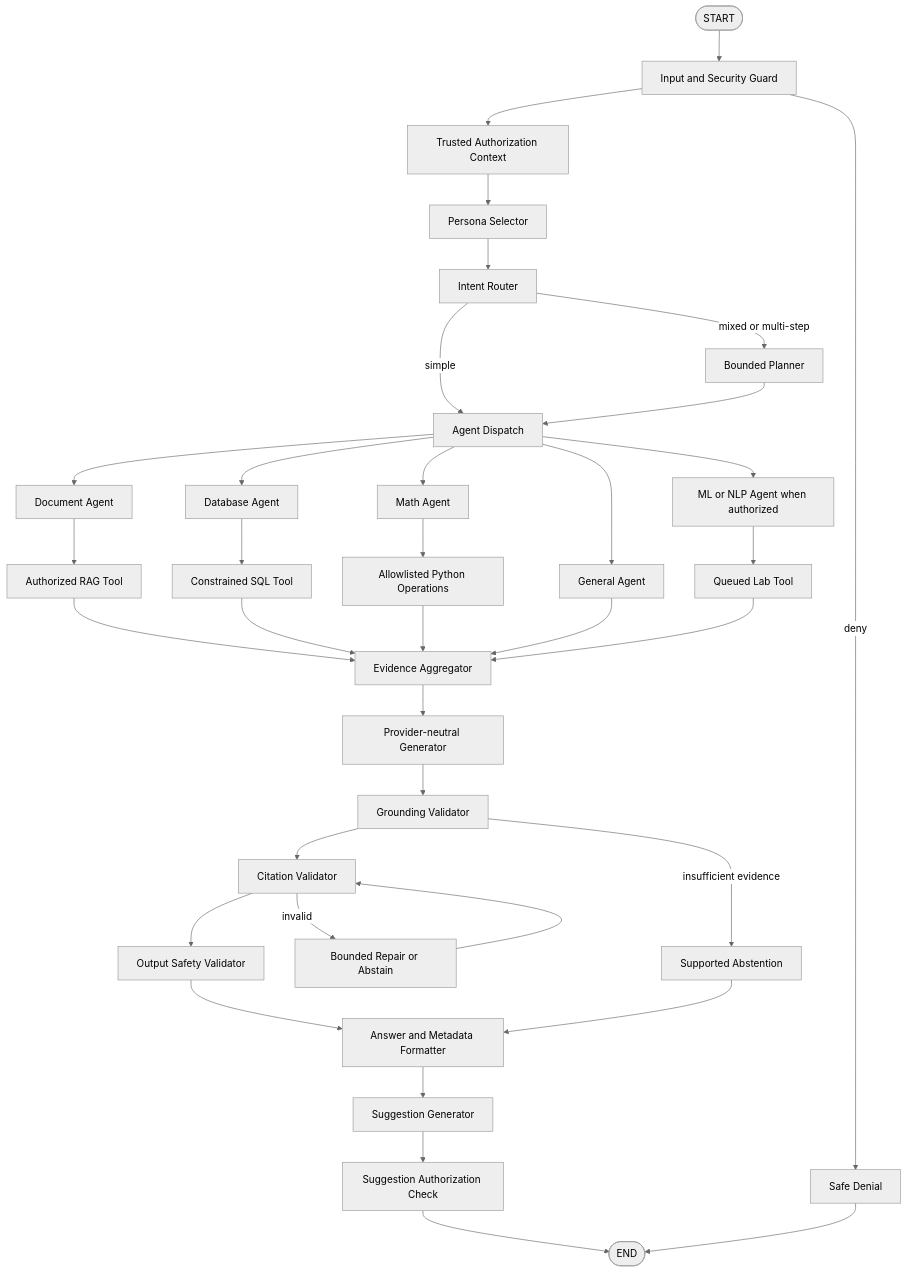
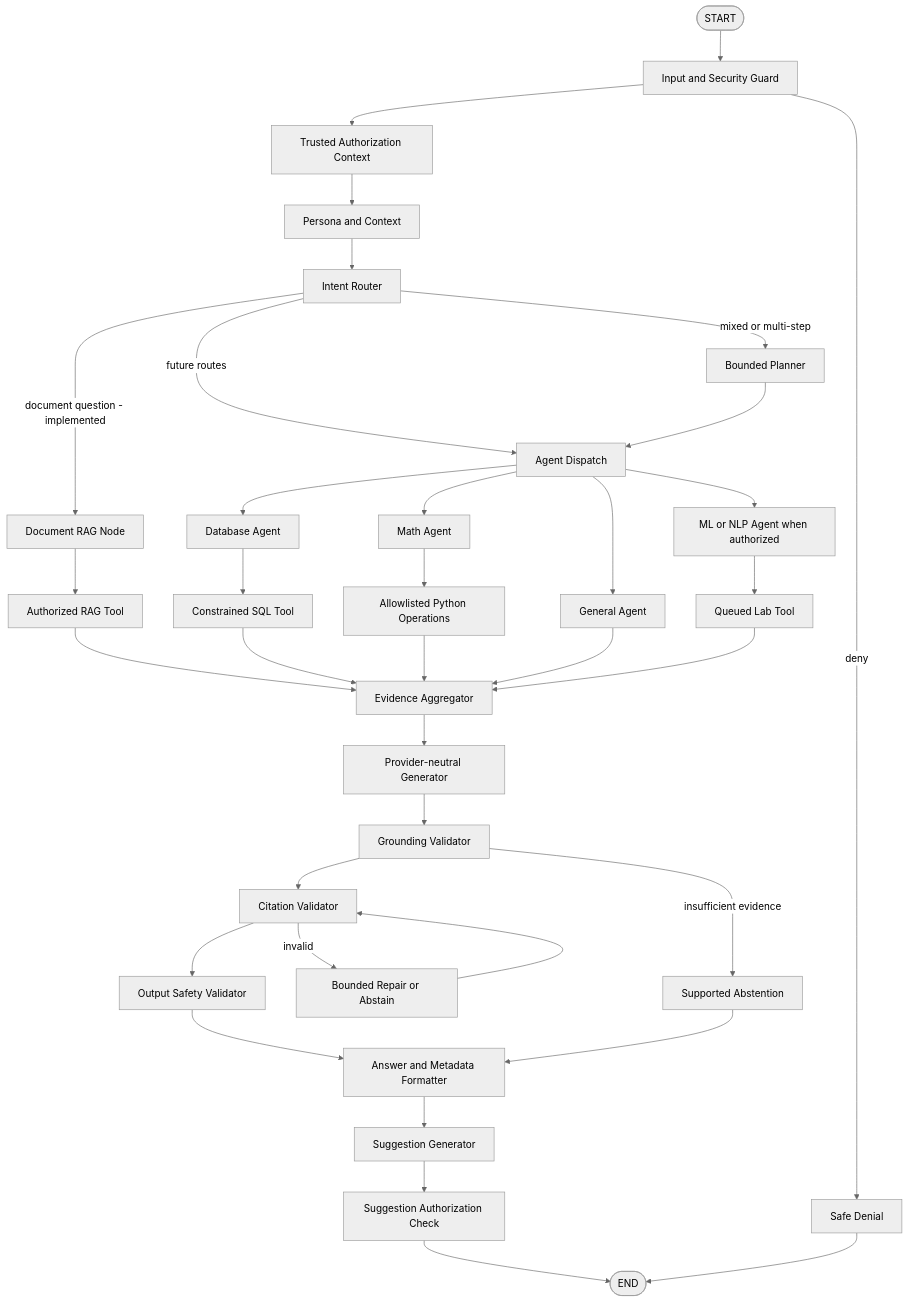
One commit to MuzammilAhmedBhatti/Dynamic-Agentic-Bot changed the second of 8 diagrams in docs/Architecture.md. Above: the diagram before and after it, drawn with Mermaid (neutral theme). The commit also changed other lines of this file and 59 other files, not shown here.

````diff
--- a/docs/Architecture.md
+++ b/docs/Architecture.md
@@ -62,38 +62,38 @@
 ```mermaid
 flowchart TD
   Start([START]) --> Guard[Input and Security Guard]
   Guard --> Context[Trusted Authorization Context]
-  Context --> Persona[Persona Selector]
+  Context --> Persona[Persona and Context]
   Persona --> Router[Intent Router]
-  Router -->|simple| Dispatch[Agent Dispatch]
+  Router -->|document question - implemented| Doc[Document RAG Node]
+  Router -->|future routes| Dispatch[Agent Dispatch]
   Router -->|mixed or multi-step| Planner[Bounded Planner]
   Planner --> Dispatch
-  Dispatch --> Doc[Document Agent]
   Dispatch --> DB[Database Agent]
   Dispatch --> Math[Math Agent]
   Dispatch --> General[General Agent]
   Dispatch --> ML[ML or NLP Agent when authorized]
   Doc --> RAGTool[Authorized RAG Tool]
   DB --> SQLTool[Constrained SQL Tool]
   Math --> MathTool[Allowlisted Python Operations]
   ML --> LabTool[Queued Lab Tool]
   RAGTool --> Evidence[Evidence Aggregator]
   SQLTool --> Evidence
   MathTool --> Evidence
   General --> Evidence
   LabTool --> Evidence
   Evidence --> Generate[Provider-neutral Generator]
   Generate --> Ground[Grounding Validator]
   Ground --> Cite[Citation Validator]
   Cite --> Safety[Output Safety Validator]
   Safety --> Format[Answer and Metadata Formatter]
   Format --> Suggest[Suggestion Generator]
   Suggest --> SuggestGuard[Suggestion Authorization Check]
   SuggestGuard --> End([END])
   Guard -->|deny| Denied[Safe Denial]
   Ground -->|insufficient evidence| Abstain[Supported Abstention]
   Cite -->|invalid| Repair[Bounded Repair or Abstain]
   Repair --> Cite
   Denied --> End
   Abstain --> Format
 ```
````
